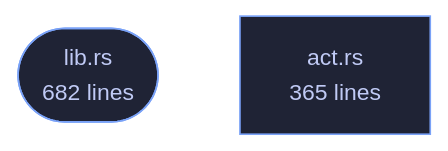
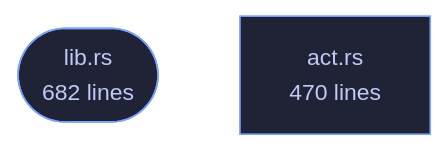
Before and after one commit to tilas01/veilvoice: the diagram in crates/veilvoice-failsafe/README.md, drawn with Mermaid. The commit also changed other lines of this file and 28 other files, not shown here.

````diff
--- a/crates/veilvoice-failsafe/README.md
+++ b/crates/veilvoice-failsafe/README.md
@@ -106,8 +106,8 @@
 ```mermaid
 %%{init: {"theme":"base","themeVariables":{"background":"#1a1b26","primaryColor":"#1f2335","primaryTextColor":"#c0caf5","primaryBorderColor":"#7aa2f7","secondaryColor":"#16161e","tertiaryColor":"#16161e","lineColor":"#737aa2","textColor":"#c0caf5","mainBkg":"#1f2335","nodeBorder":"#7aa2f7","clusterBkg":"#16161e","clusterBorder":"#2f3549","fontFamily":"ui-monospace, SFMono-Regular, Consolas, monospace","fontSize":"14px"}}}%%
 flowchart TD
     n_lib(["lib.rs<br/>682 lines"])
-    n_act["act.rs<br/>365 lines"]
+    n_act["act.rs<br/>470 lines"]
     click n_lib href "https://github.com/tilas01/veilvoice/blob/main/crates/veilvoice-failsafe/src/lib.rs" "open the source"
     click n_act href "https://github.com/tilas01/veilvoice/blob/main/crates/veilvoice-failsafe/src/act.rs" "open the source"
 ```
````
